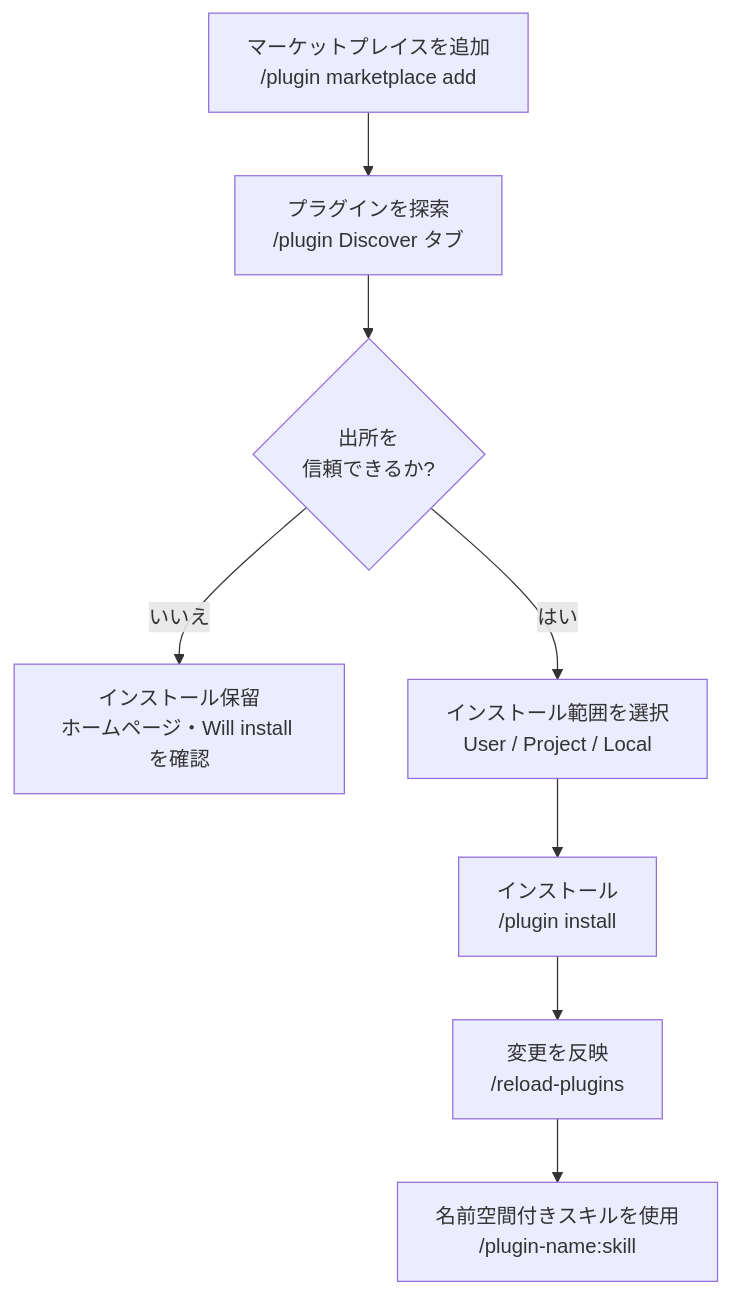
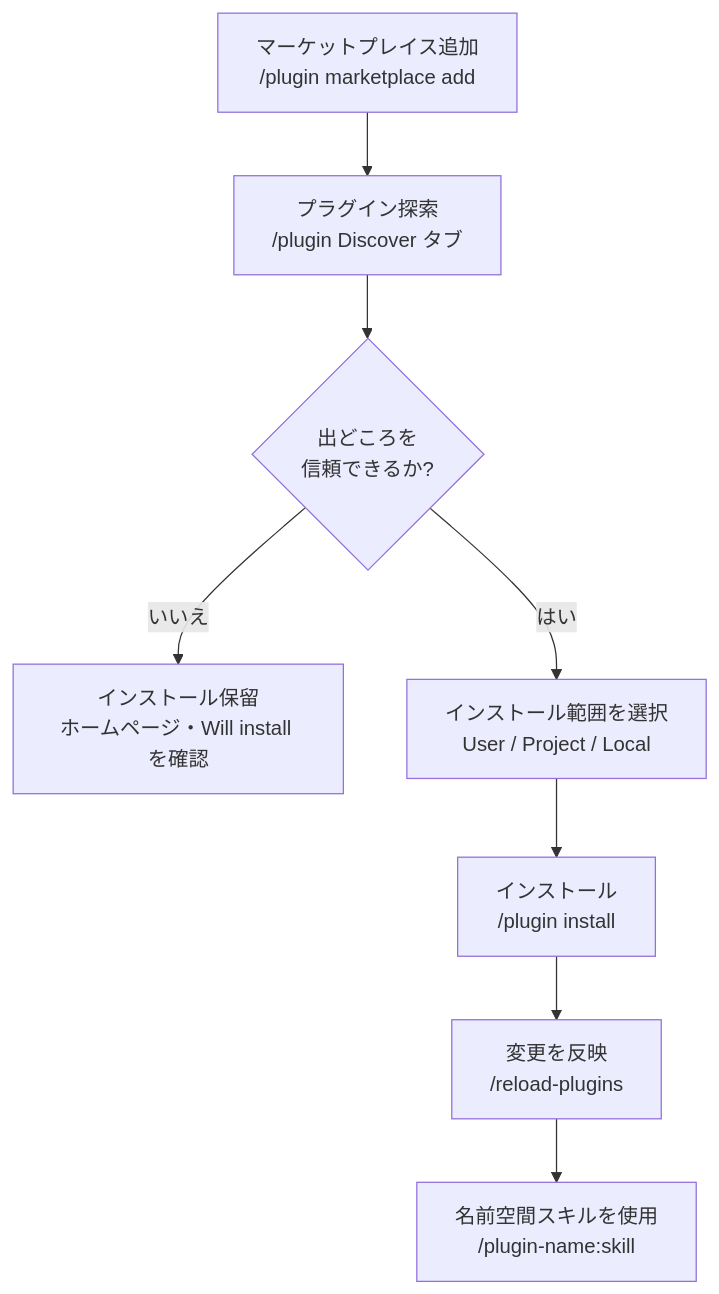
Before and after one commit to modu-ai/moai-adk: the diagram in docs-site/content/ja/claude-code/extensibility/plugins.md, drawn with Mermaid. The commit also changed other lines of this file and 395 other files, not shown here.

````diff
--- a/docs-site/content/ja/claude-code/extensibility/plugins.md
+++ b/docs-site/content/ja/claude-code/extensibility/plugins.md
@@ -147,10 +147,10 @@
 ```mermaid
 flowchart TD
-    A[マーケットプレイスを追加<br>/plugin marketplace add] --> B[プラグインを探索<br>/plugin Discover タブ]
-    B --> C{出所を<br>信頼できるか?}
+    A[マーケットプレイス追加<br>/plugin marketplace add] --> B[プラグイン探索<br>/plugin Discover タブ]
+    B --> C{出どころを<br>信頼できるか?}
     C -- いいえ --> D[インストール保留<br>ホームページ・Will install を確認]
     C -- はい --> E[インストール範囲を選択<br>User / Project / Local]
     E --> F[インストール<br>/plugin install]
     F --> G[変更を反映<br>/reload-plugins]
-    G --> H[名前空間付きスキルを使用<br>/plugin-name:skill]
+    G --> H[名前空間スキルを使用<br>/plugin-name:skill]
 ```
````
